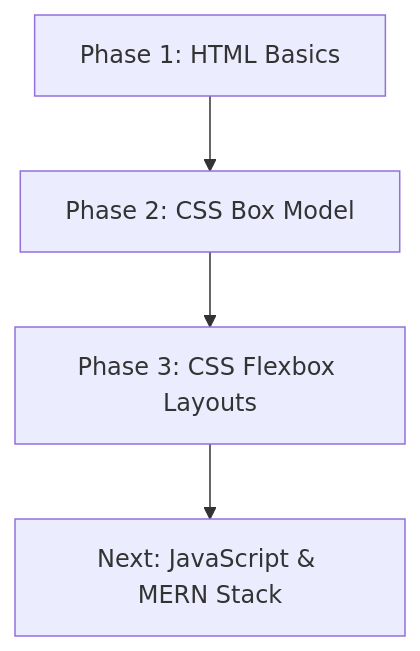
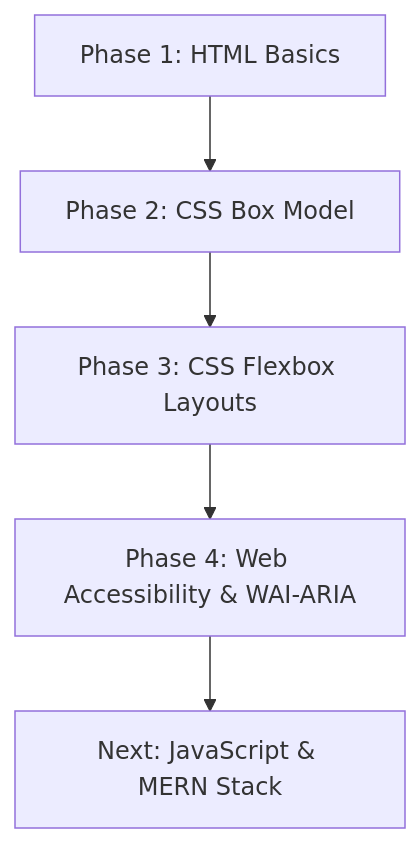
Before and after one commit to SaqibShah-dev/web-dev-journey: the diagram in README.md, drawn with Mermaid. The commit also changed other lines of this file and 2 other files, not shown here.

Commit message:
add WAI File

````diff
--- a/README.md
+++ b/README.md
@@ -42,6 +44,7 @@
 ```mermaid
 graph TD
     A[Phase 1: HTML Basics] --> B[Phase 2: CSS Box Model]
     B --> C[Phase 3: CSS Flexbox Layouts]
-    C --> D[Next: JavaScript & MERN Stack]
+    C --> D[Phase 4: Web Accessibility & WAI-ARIA]
+    D --> E[Next: JavaScript & MERN Stack]
 ```
````
